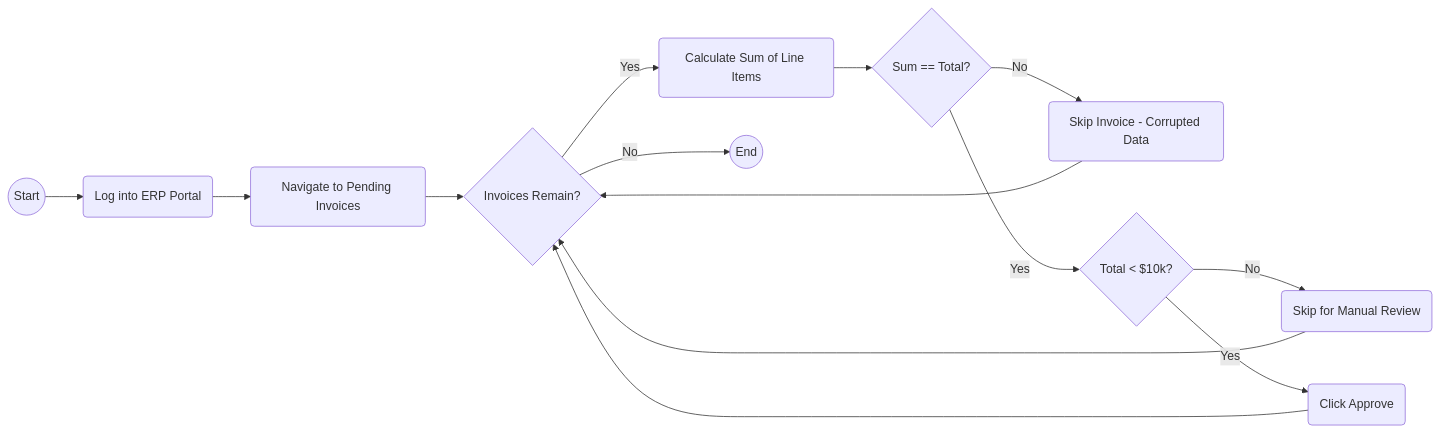
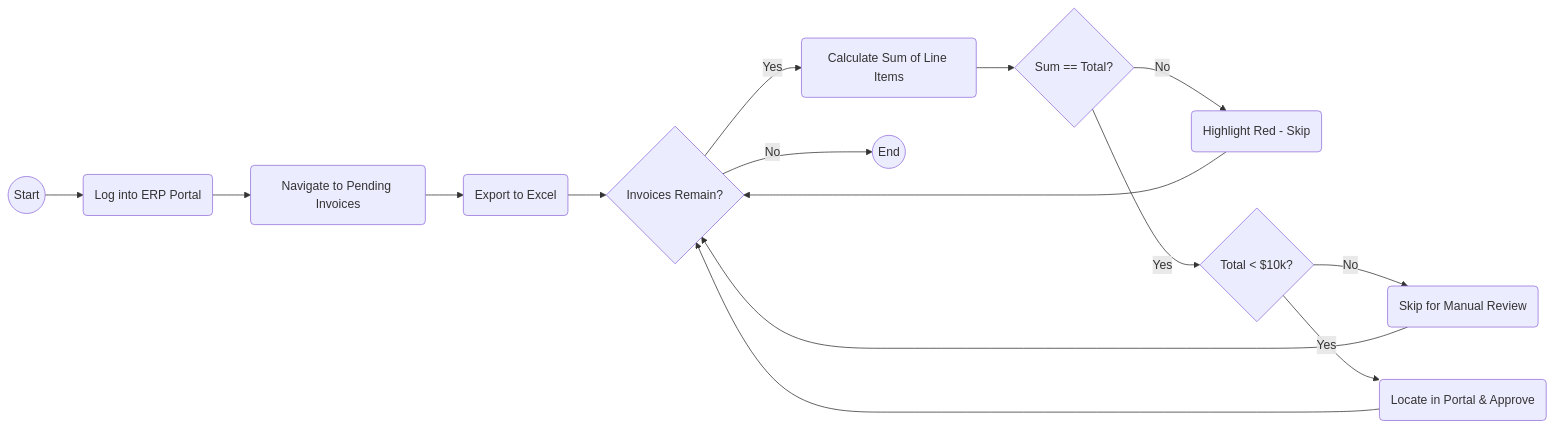
The first of 2 diagrams in README.md (21010/ae-workshop-invoice-processing), drawn with Mermaid before and after one commit. The commit also changed other lines of this file, not shown here.

````diff
--- a/README.md
+++ b/README.md
@@ -138,16 +144,17 @@
    ```mermaid
    flowchart LR
        A((Start)) --> B(Log into ERP Portal)
        B --> C(Navigate to Pending Invoices)
-       C --> D{Invoices Remain?}
-       D -- Yes --> E(Calculate Sum of Line Items)
-       E --> F{Sum == Total?}
-       F -- No --> G(Skip Invoice - Corrupted Data)
-       F -- Yes --> H{Total < $10k?}
-       H -- No --> I(Skip for Manual Review)
-       H -- Yes --> J(Click Approve)
-       G --> D
-       I --> D
-       J --> D
-       D -- No --> K((End))
+       C --> D(Export to Excel)
+       D --> E{Invoices Remain?}
+       E -- Yes --> F(Calculate Sum of Line Items)
+       F --> G{Sum == Total?}
+       G -- No --> H(Highlight Red - Skip)
+       G -- Yes --> I{Total < $10k?}
+       I -- No --> J(Skip for Manual Review)
+       I -- Yes --> K(Locate in Portal & Approve)
+       H --> E
+       J --> E
+       K --> E
+       E -- No --> L((End))
    ```
````
